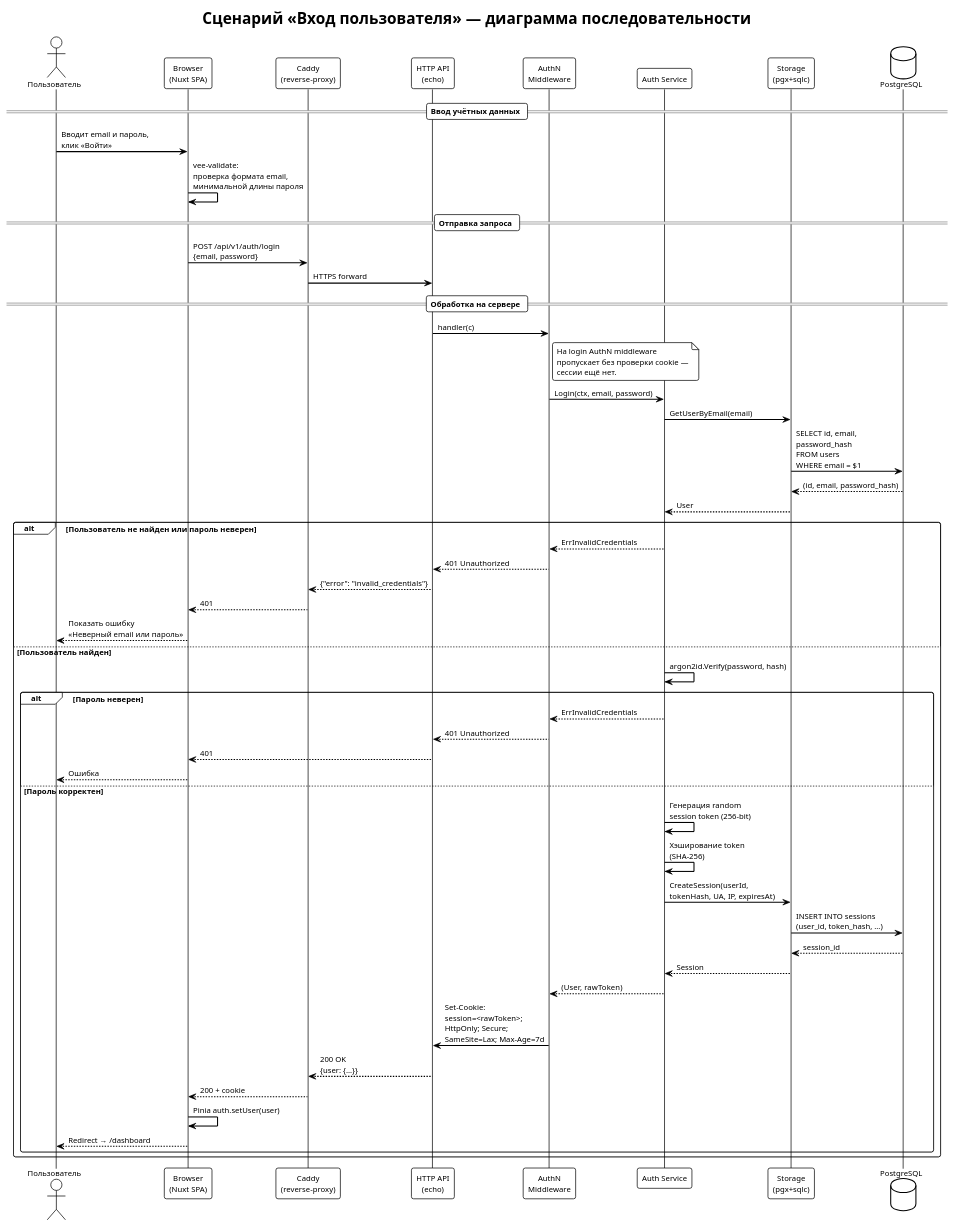
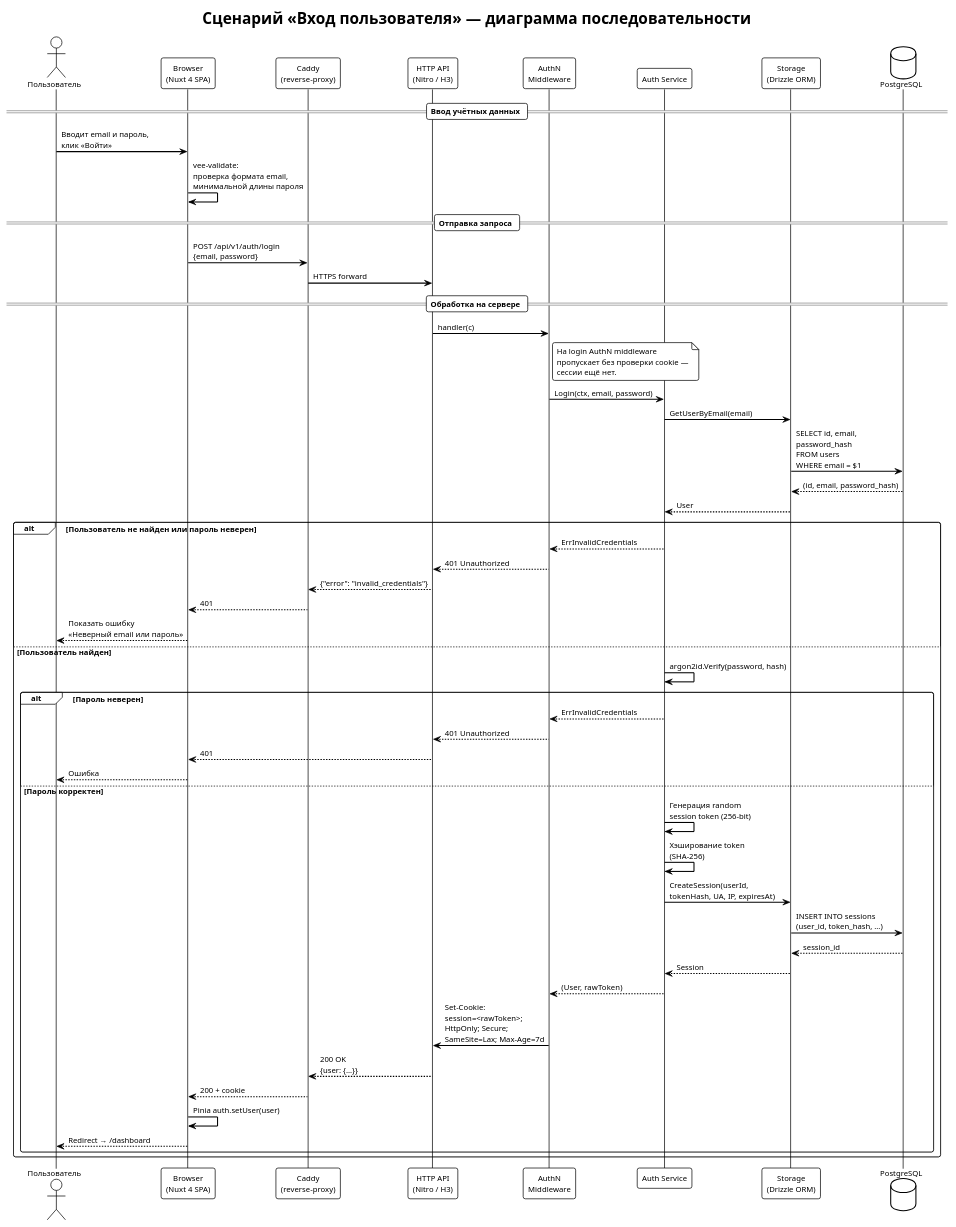
The diagram in docs/uml/06-sequence/login.puml (elClassico-eng/scrumban_app), drawn with PlantUML before and after one commit. The commit also changed 1 other file, not shown here.

Commit message:
uml: rename Go-specific participants in sequence puml files
login.puml: Browser (Nuxt SPA → Nuxt 4 SPA), HTTP API (echo → Nitro/H3),
Storage (pgx+sqlc → Drizzle ORM).

create-task-sse.puml: Worker label and pollClaim note (river → pg-boss).

```diff
--- a/docs/uml/06-sequence/login.puml
+++ b/docs/uml/06-sequence/login.puml
@@ -1,76 +1,76 @@
 @startuml login
 !theme plain
 title Сценарий «Вход пользователя» — диаграмма последовательности
 
 skinparam defaultFontName Arial
 skinparam defaultFontSize 11
 skinparam sequenceArrowThickness 1.5
 skinparam roundCorner 6
 
 actor "Пользователь" as User
-participant "Browser\n(Nuxt SPA)" as Browser
+participant "Browser\n(Nuxt 4 SPA)" as Browser
 participant "Caddy\n(reverse-proxy)" as Caddy
-participant "HTTP API\n(echo)" as API
+participant "HTTP API\n(Nitro / H3)" as API
 participant "AuthN\nMiddleware" as Auth
 participant "Auth Service" as AuthSvc
-participant "Storage\n(pgx+sqlc)" as Storage
+participant "Storage\n(Drizzle ORM)" as Storage
 database "PostgreSQL" as PG
 
 == Ввод учётных данных ==
 User -> Browser : Вводит email и пароль,\nклик «Войти»
 Browser -> Browser : vee-validate:\nпроверка формата email,\nминимальной длины пароля
 
 == Отправка запроса ==
 Browser -> Caddy : POST /api/v1/auth/login\n{email, password}
 Caddy -> API : HTTPS forward
 
 == Обработка на сервере ==
 API -> Auth : handler(c)
 note right of Auth
   На login AuthN middleware
   пропускает без проверки cookie —
   сессии ещё нет.
 end note
 
 Auth -> AuthSvc : Login(ctx, email, password)
 
 AuthSvc -> Storage : GetUserByEmail(email)
 Storage -> PG : SELECT id, email,\npassword_hash\nFROM users\nWHERE email = $1
 PG --> Storage : (id, email, password_hash)
 Storage --> AuthSvc : User
 
 alt Пользователь не найден или пароль неверен
   AuthSvc --> Auth : ErrInvalidCredentials
   Auth --> API : 401 Unauthorized
   API --> Caddy : {"error": "invalid_credentials"}
   Caddy --> Browser : 401
   Browser --> User : Показать ошибку\n«Неверный email или пароль»
 else Пользователь найден
   AuthSvc -> AuthSvc : argon2id.Verify(password, hash)
 
   alt Пароль неверен
     AuthSvc --> Auth : ErrInvalidCredentials
     Auth --> API : 401 Unauthorized
     API --> Browser : 401
     Browser --> User : Ошибка
   else Пароль корректен
     AuthSvc -> AuthSvc : Генерация random\nsession token (256-bit)
     AuthSvc -> AuthSvc : Хэширование token\n(SHA-256)
 
     AuthSvc -> Storage : CreateSession(userId,\ntokenHash, UA, IP, expiresAt)
     Storage -> PG : INSERT INTO sessions\n(user_id, token_hash, ...)
     PG --> Storage : session_id
     Storage --> AuthSvc : Session
 
     AuthSvc --> Auth : (User, rawToken)
 
     Auth -> API : Set-Cookie:\nsession=<rawToken>;\nHttpOnly; Secure;\nSameSite=Lax; Max-Age=7d
     API --> Caddy : 200 OK\n{user: {...}}
     Caddy --> Browser : 200 + cookie
 
     Browser -> Browser : Pinia auth.setUser(user)
     Browser --> User : Redirect → /dashboard
   end
 end
 
 @enduml
```
